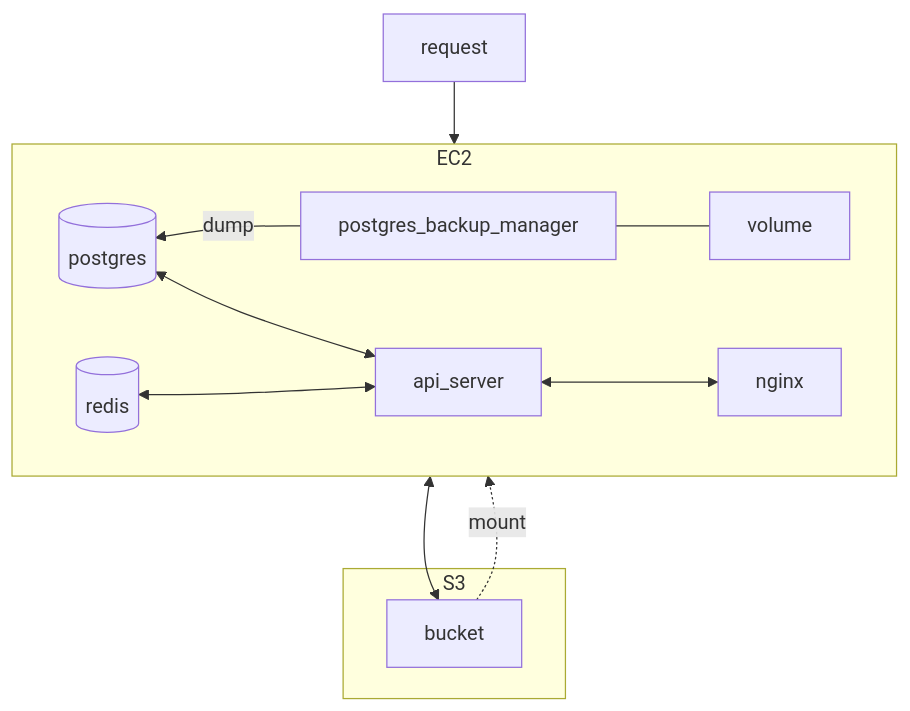
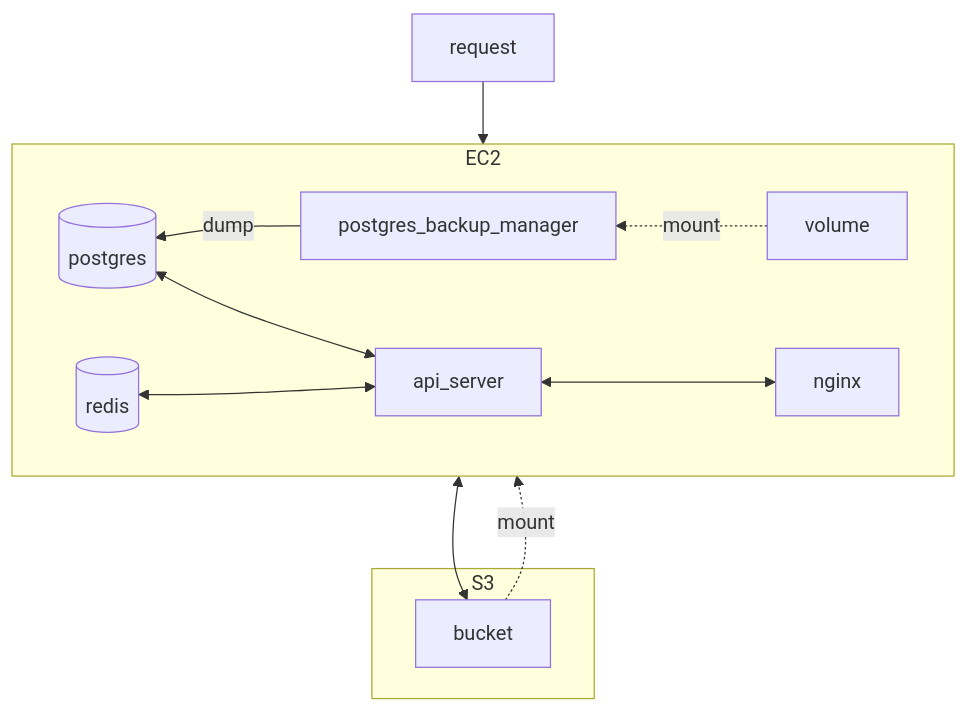
Before and after one commit to tnqja0227/board-of-audit-and-inspection-system: the second of 2 diagrams in README.md, drawn with Mermaid.

````diff
--- a/README.md
+++ b/README.md
@@ -111,29 +111,28 @@
 ```mermaid
 %%{init: {'theme': 'default' } }%%
 flowchart TB
     %%{ init: { 'flowchart': { 'curve': 'basis' } } }%%
     api_server
     nginx
     postgres[(postgres)]
     postgres_backup_manager
     redis[(redis)]
     volume
 
     request --> nginx
     subgraph EC2
     direction RL
     nginx <--> api_server
     api_server <--> postgres
     api_server <--> redis
     postgres_backup_manager --> |dump|postgres
-    volume --- postgres_backup_manager
+    volume -. mount .-> postgres_backup_manager
     end
 
     subgraph S3
     bucket
     end
 
-    %% S3 -. mount .-> EC2
     bucket -. mount .-> volume
     api_server <--> bucket
 ```
````
